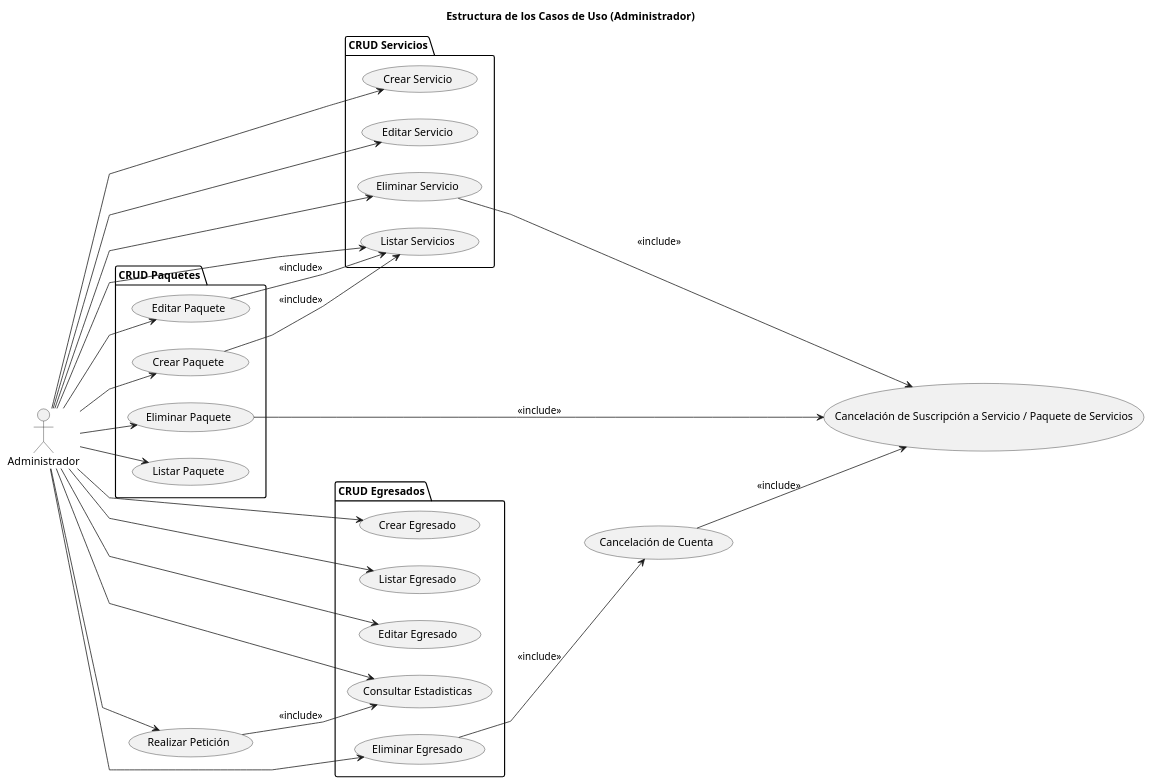
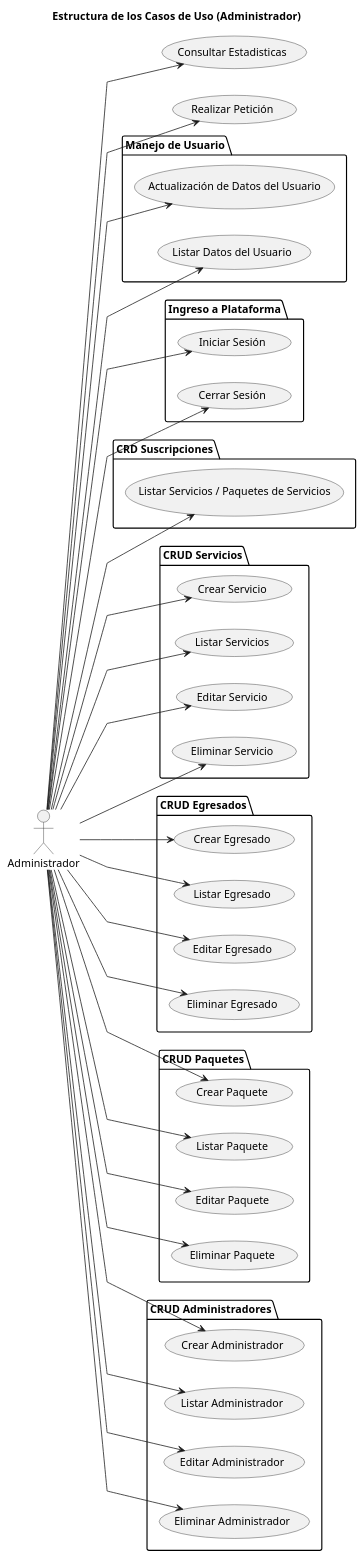
Before and after one commit to mmasias/23-24-IdSw1-SDR: the diagram in Caso_de_Uso/Estructura/Administrador/Estructura.puml, drawn with PlantUML. The commit also changed 5 other files, not shown here.

```diff
--- a/Caso_de_Uso/Estructura/Administrador/Estructura.puml
+++ b/Caso_de_Uso/Estructura/Administrador/Estructura.puml
@@ -1,46 +1,61 @@
 @startuml Estructura
 
 title Estructura de los Casos de Uso (Administrador)
 
 skinparam {
     NoteBackgroundColor #whiteSmoke
     NoteBorderColor #green
     linetype polyline
 }
 
 left to right direction
 
 actor Administrador
 
+Administrador --> (Consultar Estadisticas)
+
+folder "Manejo de Usuario" as cuentas {
+    Administrador --> (Actualización de Datos del Usuario)
+    Administrador --> (Listar Datos del Usuario)
+}
+
+folder "Ingreso a Plataforma" as ingreso {
+    Administrador --> (Iniciar Sesión)
+    Administrador --> (Cerrar Sesión)
+}
+
+folder "CRD Suscripciones" as CRDSuscripciones {
+    Administrador --> (Listar Servicios / Paquetes de Servicios)
+}
+
 folder "CRUD Servicios" as CRUDServicios {
     Administrador --> (Crear Servicio)
     Administrador --> (Listar Servicios)
     Administrador --> (Editar Servicio)
     Administrador --> (Eliminar Servicio)
 }
 
 folder "CRUD Egresados" as CRUDEgresados {
     Administrador --> (Crear Egresado)
     Administrador --> (Listar Egresado)
     Administrador --> (Editar Egresado)
     Administrador --> (Eliminar Egresado)
-    Administrador --> (Consultar Estadisticas)
 }
 
 folder "CRUD Paquetes" as CRUDPaquetes {
     Administrador --> (Crear Paquete)
     Administrador --> (Listar Paquete)
     Administrador --> (Editar Paquete)
     Administrador --> (Eliminar Paquete)
 }
 
+folder "CRUD Administradores" as CRUDAdministradores {
+    Administrador --> (Crear Administrador)
+    Administrador --> (Listar Administrador)
+    Administrador --> (Editar Administrador)
+    Administrador --> (Eliminar Administrador)
+}
+
 Administrador --> (Realizar Petición)
-(Realizar Petición) --> (Consultar Estadisticas) : <<include>>
-(Eliminar Egresado) --> (Cancelación de Cuenta) : <<include>>
-(Cancelación de Cuenta) --> (Cancelación de Suscripción a Servicio / Paquete de Servicios) : <<include>>
-(Eliminar Paquete) --> (Cancelación de Suscripción a Servicio / Paquete de Servicios) : <<include>>
-(Editar Paquete) --> (Listar Servicios) : <<include>>
-(Crear Paquete) --> (Listar Servicios) : <<include>>
-(Eliminar Servicio) --> (Cancelación de Suscripción a Servicio / Paquete de Servicios) : <<include>>
 
 @enduml
```
